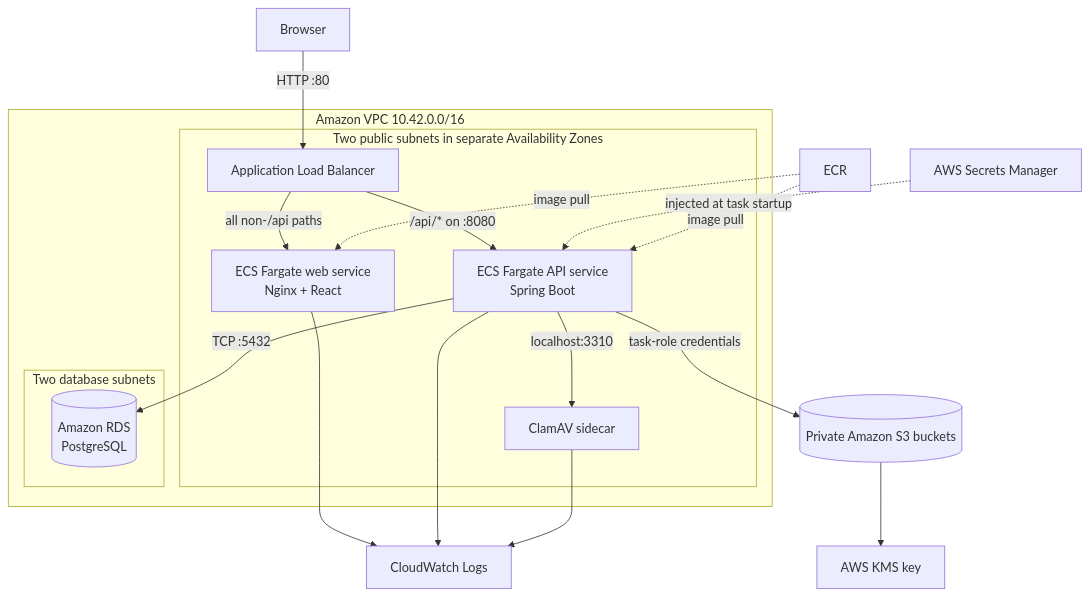
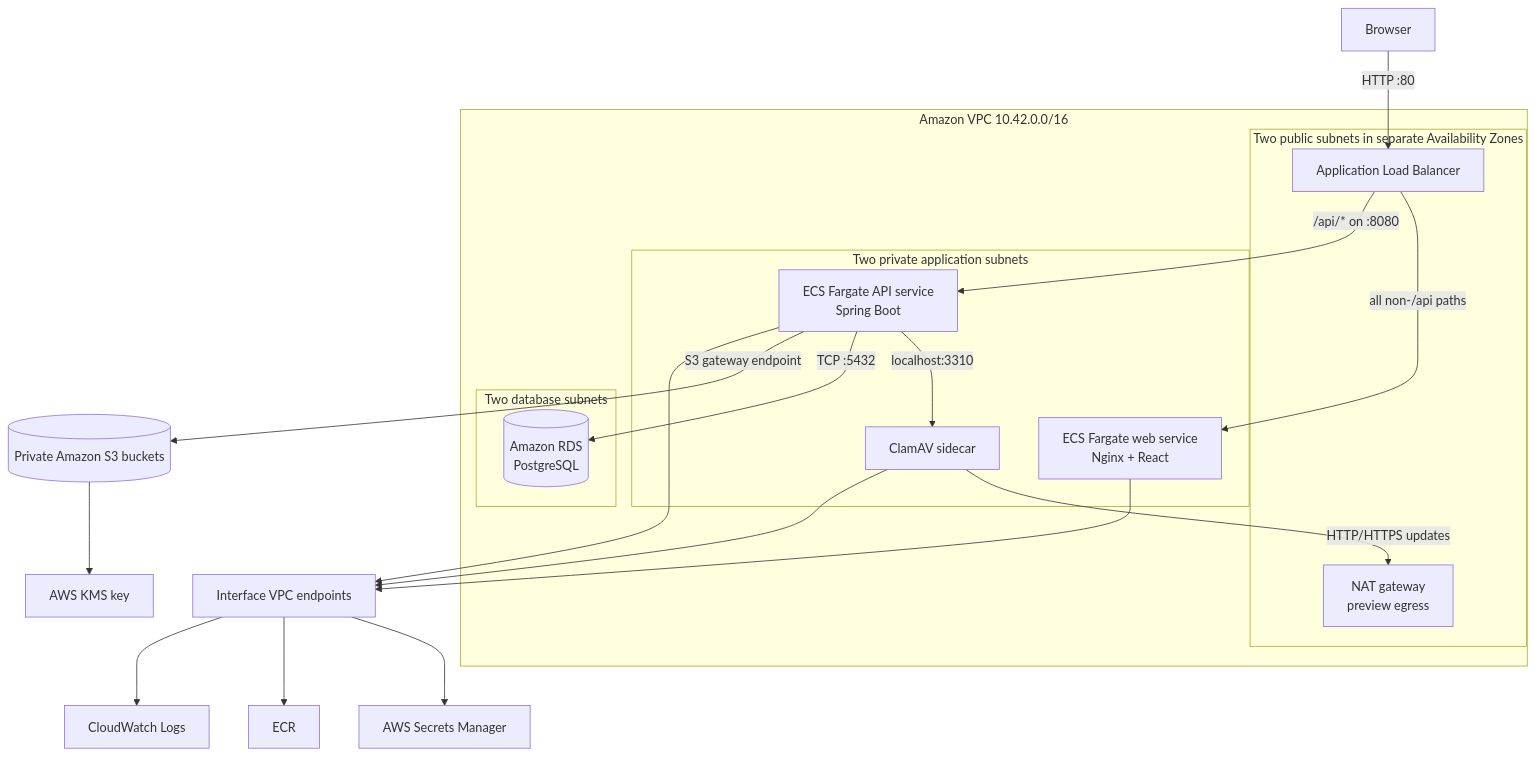
One commit to Kakha8/File-Drive-Spring changed the diagram in README.md. Above: the diagram before and after it, drawn with Mermaid. The commit also changed other lines of this file and 11 other files, not shown here.

````diff
--- a/README.md
+++ b/README.md
@@ -163,31 +163,36 @@
 ```mermaid
 flowchart TB
     user[Browser] -->|HTTP :80| alb[Application Load Balancer]
 
     subgraph vpc[Amazon VPC 10.42.0.0/16]
         subgraph public[Two public subnets in separate Availability Zones]
             alb
+            nat[NAT gateway<br/>preview egress]
+        end
+
+        subgraph application[Two private application subnets]
             web[ECS Fargate web service<br/>Nginx + React]
             api[ECS Fargate API service<br/>Spring Boot]
             clamav[ClamAV sidecar]
         end
 
         subgraph database[Two database subnets]
             rds[(Amazon RDS<br/>PostgreSQL)]
         end
 
         alb -->|all non-/api paths| web
         alb -->|/api/* on :8080| api
         api -->|localhost:3310| clamav
         api -->|TCP :5432| rds
+        clamav -->|HTTP/HTTPS updates| nat
     end
 
-    api -->|task-role credentials| s3[(Private Amazon S3 buckets)]
+    api -->|S3 gateway endpoint| s3[(Private Amazon S3 buckets)]
     s3 --> kms[AWS KMS key]
-    secrets[AWS Secrets Manager] -. injected at task startup .-> api
-    ecr[ECR] -. image pull .-> web
-    ecr -. image pull .-> api
-    web --> logs[CloudWatch Logs]
-    api --> logs
-    clamav --> logs
+    endpoints[Interface VPC endpoints] --> secrets[AWS Secrets Manager]
+    endpoints --> ecr[ECR]
+    endpoints --> logs[CloudWatch Logs]
+    web --> endpoints
+    api --> endpoints
+    clamav --> endpoints
 ```
````
